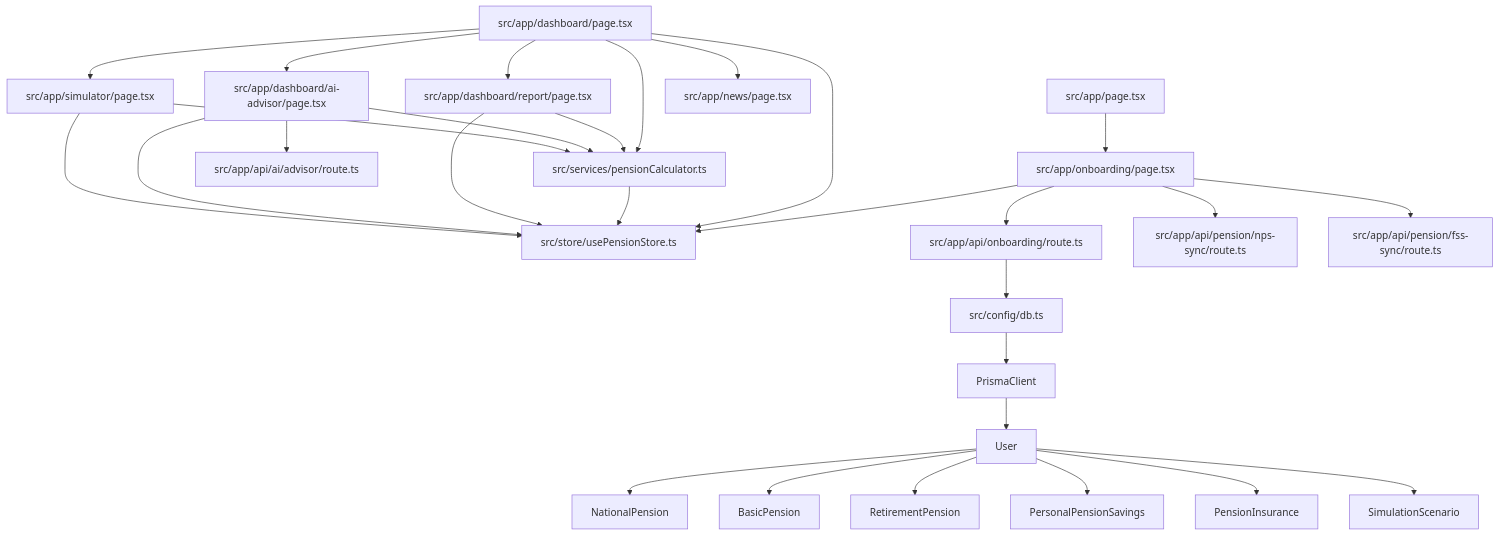
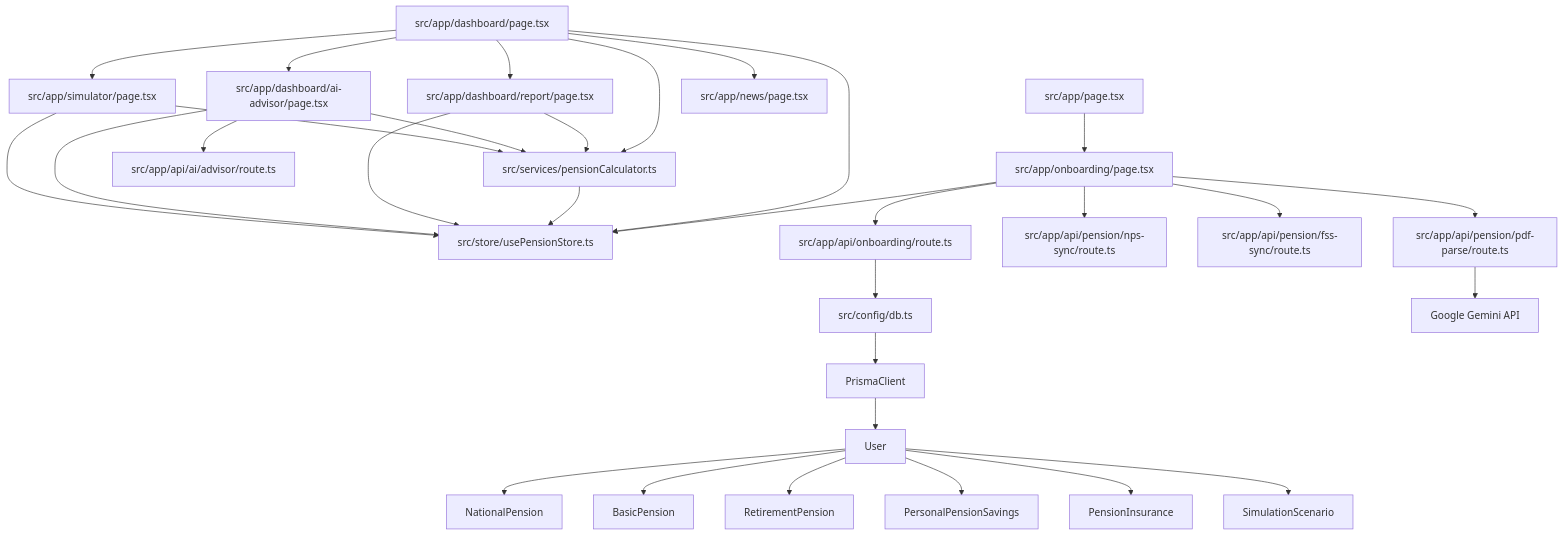
Before and after one commit to ChanHoya/PensionLab: the diagram in docs/dependency-map.md, drawn with Mermaid. The commit also changed 5 other files, not shown here.

````diff
--- a/docs/dependency-map.md
+++ b/docs/dependency-map.md
@@ -3,45 +3,47 @@
 ```mermaid
 graph TD
   %% Database Layer
   db[src/config/db.ts] --> PrismaClient
   PrismaClient --> User
   User --> NationalPension
   User --> BasicPension
   User --> RetirementPension
   User --> PersonalPensionSavings
   User --> PensionInsurance
   User --> SimulationScenario
 
   %% State & Business Logic Layer
   Store[src/store/usePensionStore.ts]
   Calculator[src/services/pensionCalculator.ts]
 
   %% UI & Page Layer
   Landing[src/app/page.tsx] --> OnboardingUI
   OnboardingUI[src/app/onboarding/page.tsx] --> Store
   OnboardingUI --> OnboardingAPI[src/app/api/onboarding/route.ts]
   OnboardingAPI --> db
 
   Dashboard[src/app/dashboard/page.tsx] --> Store
   Dashboard --> Calculator
   Calculator --> Store
 
   %% Sprint 2 Additions
   Dashboard --> Report[src/app/dashboard/report/page.tsx]
   Report --> Store
   Report --> Calculator
   OnboardingUI --> NPSSyncAPI[src/app/api/pension/nps-sync/route.ts]
   OnboardingUI --> FSSSyncAPI[src/app/api/pension/fss-sync/route.ts]
+  OnboardingUI --> PDFParseAPI[src/app/api/pension/pdf-parse/route.ts]
+  PDFParseAPI --> GeminiAPI[Google Gemini API]
 
   %% MiniMax AI Advisor (Sprint 12 / MiniMax Integration)
   Dashboard --> AIAdvisor[src/app/dashboard/ai-advisor/page.tsx]
   AIAdvisor --> Store
   AIAdvisor --> Calculator
   AIAdvisor --> AIAdvisorAPI[src/app/api/ai/advisor/route.ts]
 
   %% Simulator & News Routes (404 Bug Fixes)
   Dashboard --> Simulator[src/app/simulator/page.tsx]
   Dashboard --> News[src/app/news/page.tsx]
   Simulator --> Store
   Simulator --> Calculator
 ```
````
